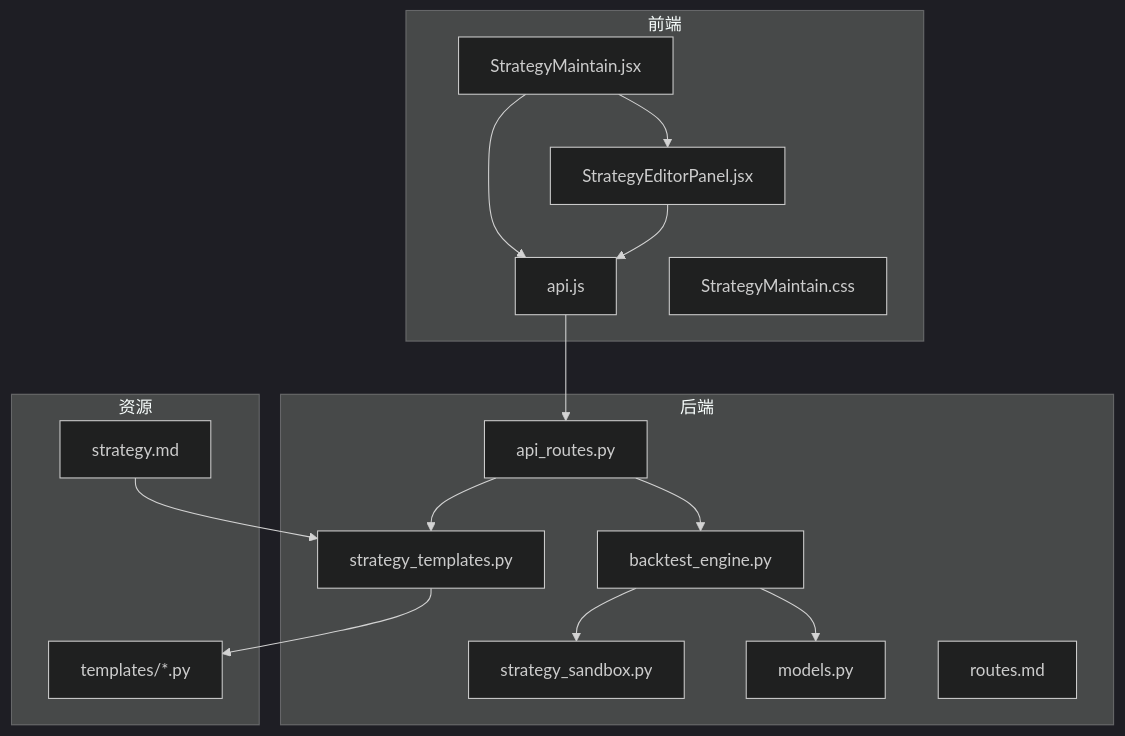
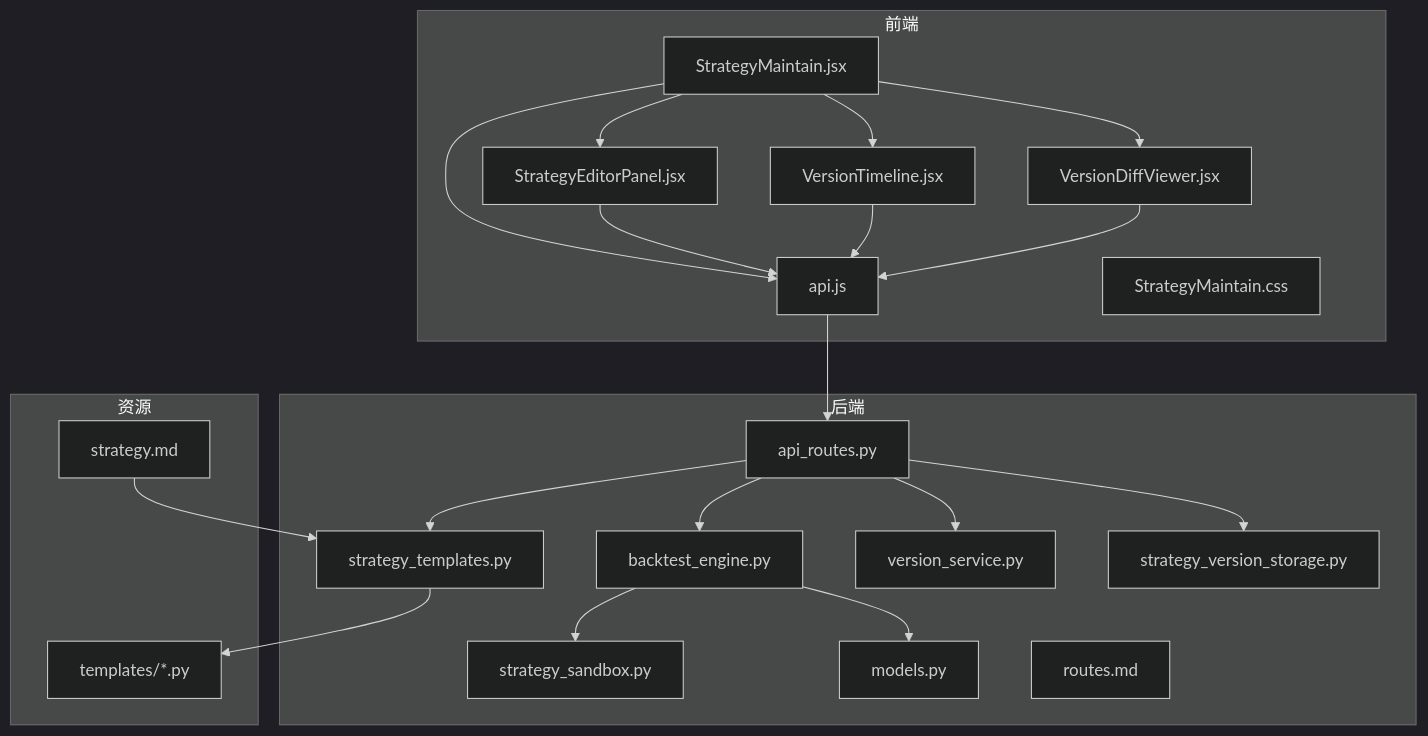
Before and after one commit to faryhuo/backtrader: the first of 9 diagrams in .qoder/repowiki/zh/content/核心功能详解/策略开发与管理.md, drawn with Mermaid (dark theme). The commit also changed other lines of this file and 1 other file, not shown here.

````diff
--- a/.qoder/repowiki/zh/content/核心功能详解/策略开发与管理.md
+++ b/.qoder/repowiki/zh/content/核心功能详解/策略开发与管理.md
@@ -40,31 +54,41 @@
 ```mermaid
 graph TB
 subgraph "前端"
 FE_SM["StrategyMaintain.jsx"]
 FE_EP["StrategyEditorPanel.jsx"]
 FE_API["api.js"]
 FE_CSS["StrategyMaintain.css"]
+FE_VT["VersionTimeline.jsx"]
+FE_VD["VersionDiffViewer.jsx"]
 end
 subgraph "后端"
 BE_RT["api_routes.py"]
 BE_BE["backtest_engine.py"]
 BE_TS["strategy_templates.py"]
 BE_SS["strategy_sandbox.py"]
 BE_DB["models.py"]
 BE_RD["routes.md"]
+BE_VS["version_service.py"]
+BE_SVS["strategy_version_storage.py"]
 end
 subgraph "资源"
 RES_MD["strategy.md"]
 RES_TPL["templates/*.py"]
 end
 FE_SM --> FE_EP
 FE_SM --> FE_API
+FE_SM --> FE_VT
+FE_SM --> FE_VD
 FE_EP --> FE_API
+FE_VT --> FE_API
+FE_VD --> FE_API
 FE_API --> BE_RT
 BE_RT --> BE_BE
 BE_RT --> BE_TS
+BE_RT --> BE_VS
+BE_RT --> BE_SVS
 BE_BE --> BE_SS
 BE_BE --> BE_DB
 BE_TS --> RES_TPL
 RES_MD --> BE_TS
 ```
````
